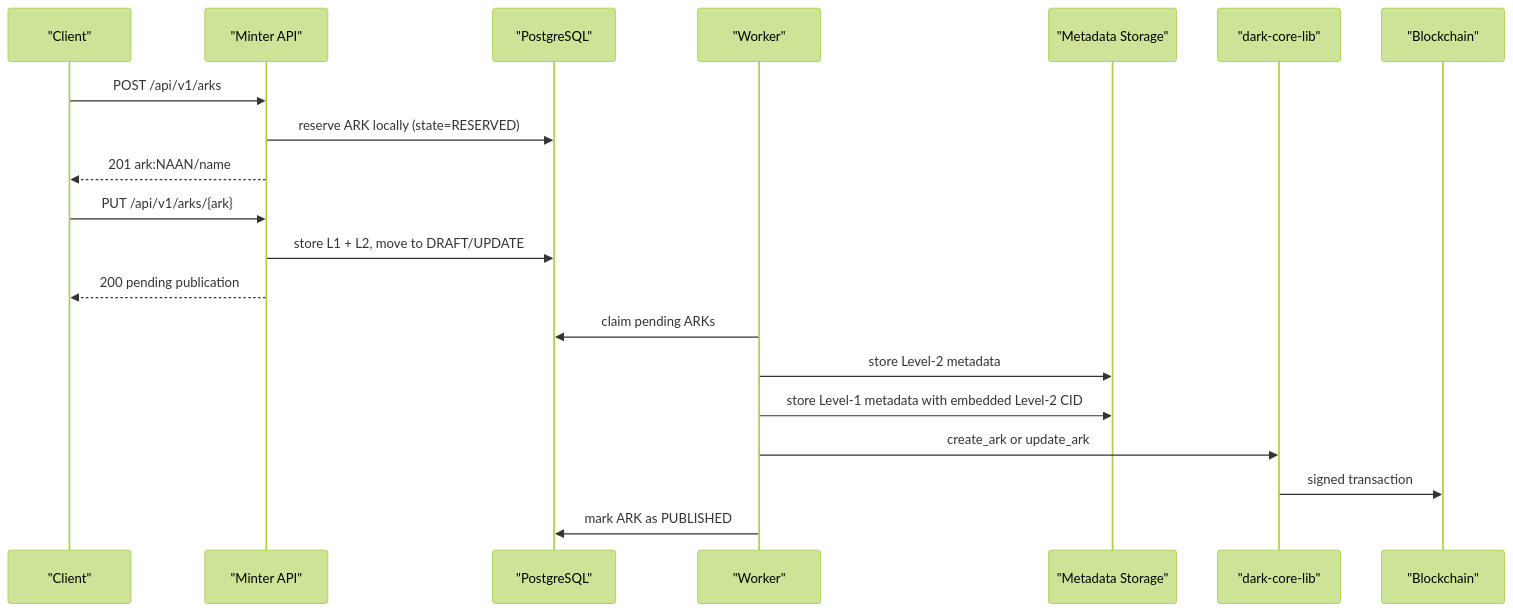
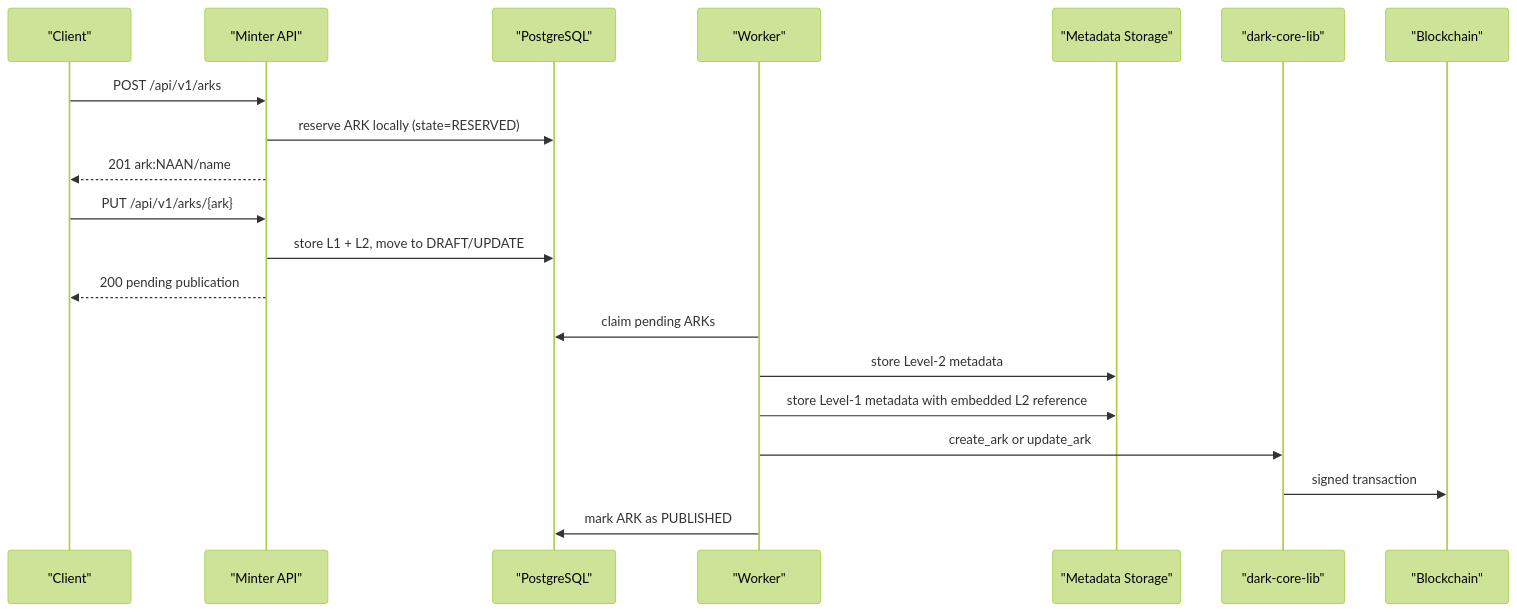
The second of 12 diagrams in README.md (LA-Referencia-IOI/dark-core-minter-api), drawn with Mermaid (forest theme) before and after one commit. The commit also changed other lines of this file and 12 other files, not shown here.

````diff
--- a/README.md
+++ b/README.md
@@ -80,25 +80,25 @@
 ```mermaid
 sequenceDiagram
     participant Client as "Client"
     participant API as "Minter API"
     participant DB as "PostgreSQL"
     participant Worker as "Worker"
     participant Store as "Metadata Storage"
     participant Core as "dark-core-lib"
     participant Chain as "Blockchain"
 
     Client->>API: POST /api/v1/arks
     API->>DB: reserve ARK locally (state=RESERVED)
     API-->>Client: 201 ark:NAAN/name
 
     Client->>API: PUT /api/v1/arks/{ark}
     API->>DB: store L1 + L2, move to DRAFT/UPDATE
     API-->>Client: 200 pending publication
 
     Worker->>DB: claim pending ARKs
     Worker->>Store: store Level-2 metadata
-    Worker->>Store: store Level-1 metadata with embedded Level-2 CID
+    Worker->>Store: store Level-1 metadata with embedded L2 reference
     Worker->>Core: create_ark or update_ark
     Core->>Chain: signed transaction
     Worker->>DB: mark ARK as PUBLISHED
 ```
````
